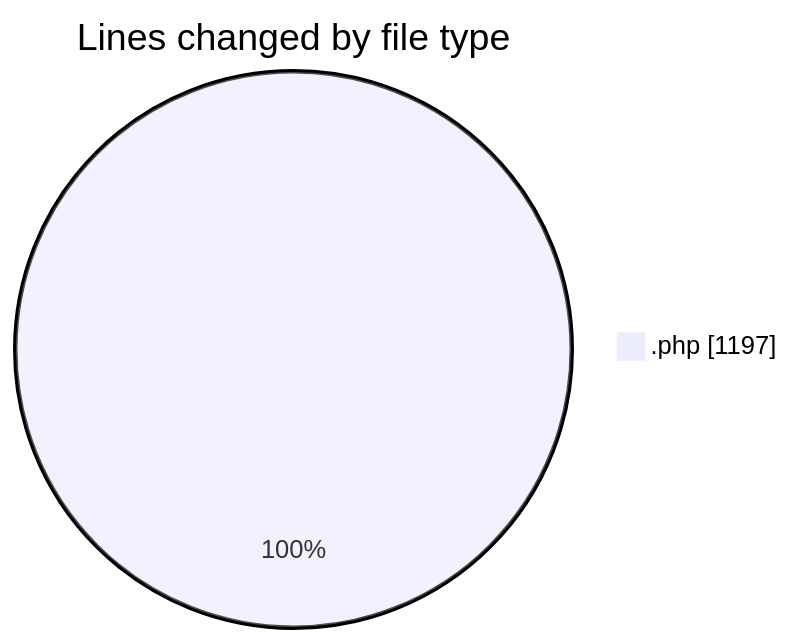
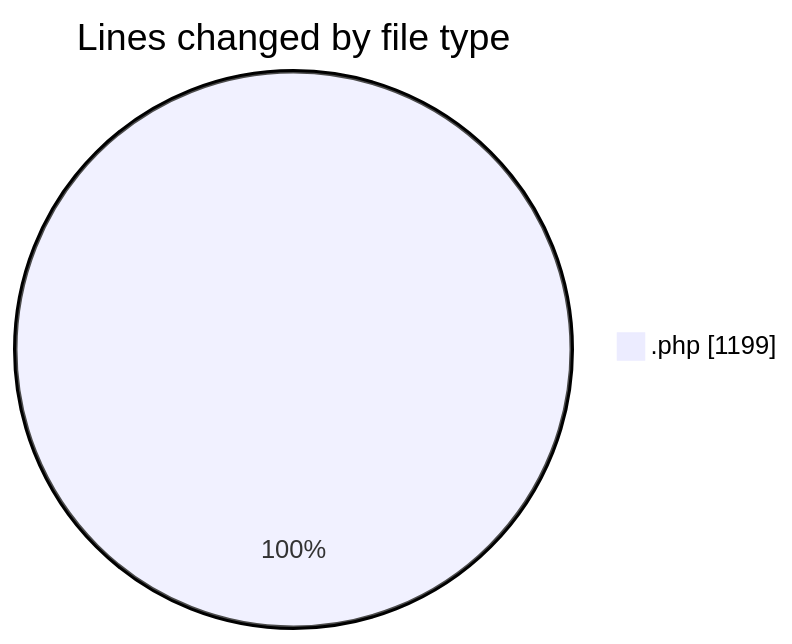
The first of 2 diagrams in 2025-08-22/jmb-woocommerce-price-updater/README.md (debugP/code-tracking), drawn with Mermaid before and after one commit. The commit also changed other lines of this file and 1 other file, not shown here.

````diff
--- a/2025-08-22/jmb-woocommerce-price-updater/README.md
+++ b/2025-08-22/jmb-woocommerce-price-updater/README.md
@@ -20,5 +20,5 @@
 ```mermaid
 pie showData
 title Lines changed by file type
-".php" : 1197
+".php" : 1199
 ```
````
